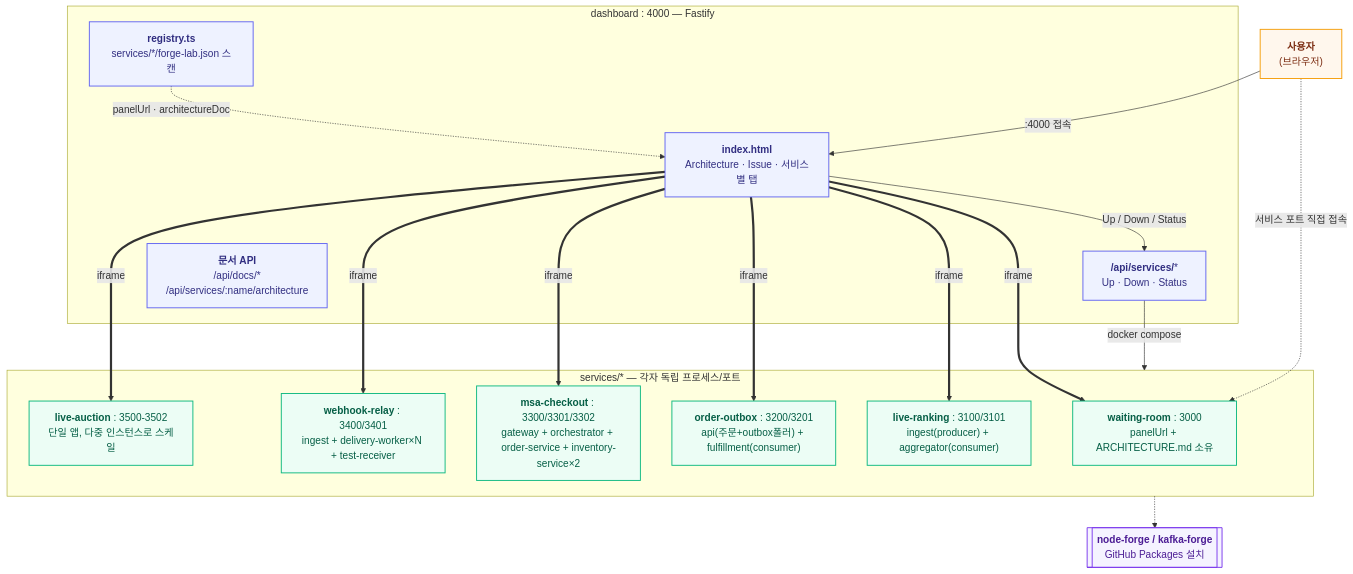
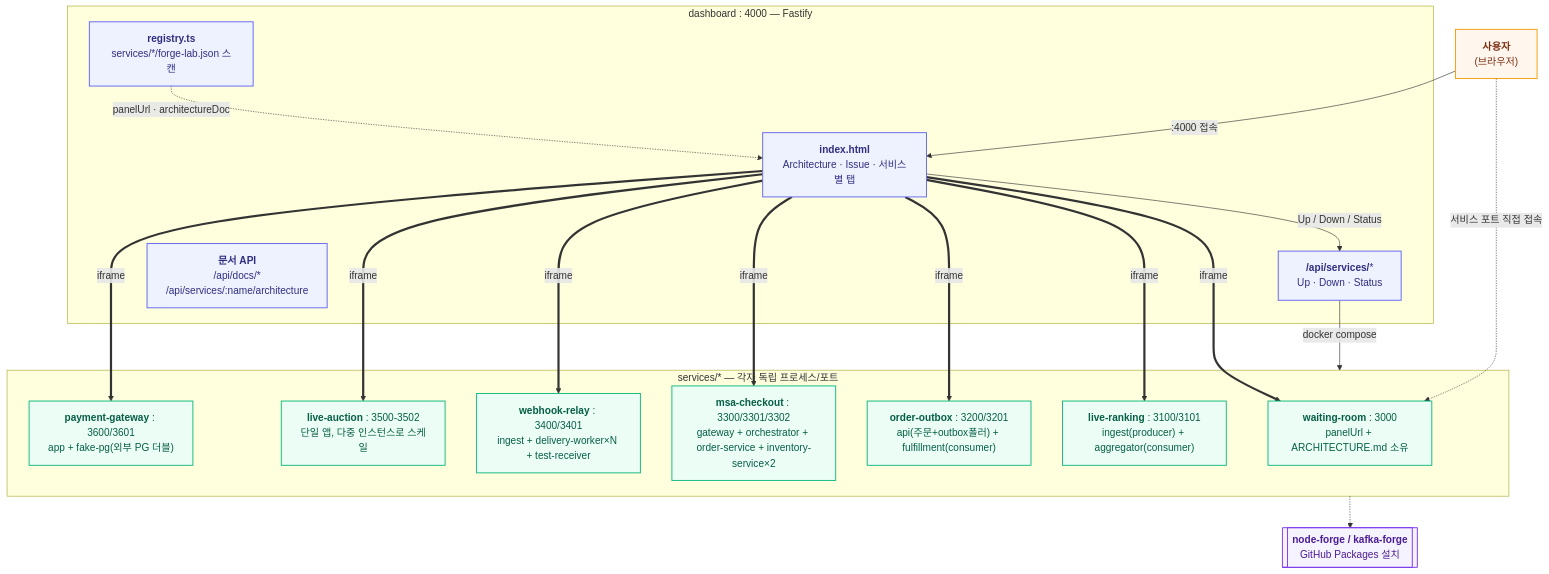
One commit to paikpaik/forgeLab changed the diagram in docs/architecture.md. Above: the diagram before and after it, drawn with Mermaid. The commit also changed other lines of this file and 38 other files, not shown here.

````diff
--- a/docs/architecture.md
+++ b/docs/architecture.md
@@ -37,59 +39,62 @@
 ```mermaid
 flowchart TB
     U["`**사용자**
     (브라우저)`"]
 
     subgraph DB["dashboard : 4000 — Fastify"]
         DUI["`**index.html**
         Architecture · Issue · 서비스별 탭`"]
         DAPI["`**/api/services/***
         Up · Down · Status`"]
         DREG["`**registry.ts**
         services/*/forge-lab.json 스캔`"]
         DDOC["`**문서 API**
         /api/docs/*
         /api/services/:name/architecture`"]
     end
 
     subgraph SVC["services/* — 각자 독립 프로세스/포트"]
         S1["`**waiting-room** : 3000
         panelUrl + ARCHITECTURE.md 소유`"]
         S2["`**live-ranking** : 3100/3101
         ingest(producer) + aggregator(consumer)`"]
         S3["`**order-outbox** : 3200/3201
         api(주문+outbox폴러) + fulfillment(consumer)`"]
         S4["`**msa-checkout** : 3300/3301/3302
         gateway + orchestrator + order-service + inventory-service×2`"]
         S5["`**webhook-relay** : 3400/3401
         ingest + delivery-worker×N + test-receiver`"]
         S6["`**live-auction** : 3500-3502
         단일 앱, 다중 인스턴스로 스케일`"]
+        S7["`**payment-gateway** : 3600/3601
+        app + fake-pg(외부 PG 더블)`"]
     end
 
     NF[["`**node-forge / kafka-forge**
     GitHub Packages 설치`"]]
 
     U -->|":4000 접속"| DUI
     DUI -->|"Up / Down / Status"| DAPI
     DAPI -->|"docker compose"| SVC
     DREG -.->|"panelUrl · architectureDoc"| DUI
     DUI ==>|"iframe"| S1
     DUI ==>|"iframe"| S2
     DUI ==>|"iframe"| S3
     DUI ==>|"iframe"| S4
     DUI ==>|"iframe"| S5
     DUI ==>|"iframe"| S6
+    DUI ==>|"iframe"| S7
     U -.->|"서비스 포트 직접 접속"| S1
 
     SVC -.-> NF
 
     classDef dashboardNode fill:#eef2ff,stroke:#6366f1,stroke-width:1.5px,color:#312e81
     classDef serviceNode fill:#ecfdf5,stroke:#10b981,stroke-width:1.5px,color:#065f46
     classDef forgeNode fill:#f5f3ff,stroke:#7c3aed,stroke-width:1.5px,color:#4c1d95
     classDef userNode fill:#fff7ed,stroke:#f59e0b,stroke-width:1.5px,color:#7c2d12
 
     class U userNode
     class DUI,DAPI,DREG,DDOC dashboardNode
-    class S1,S2,S3,S4,S5,S6 serviceNode
+    class S1,S2,S3,S4,S5,S6,S7 serviceNode
     class NF forgeNode
 ```
````
